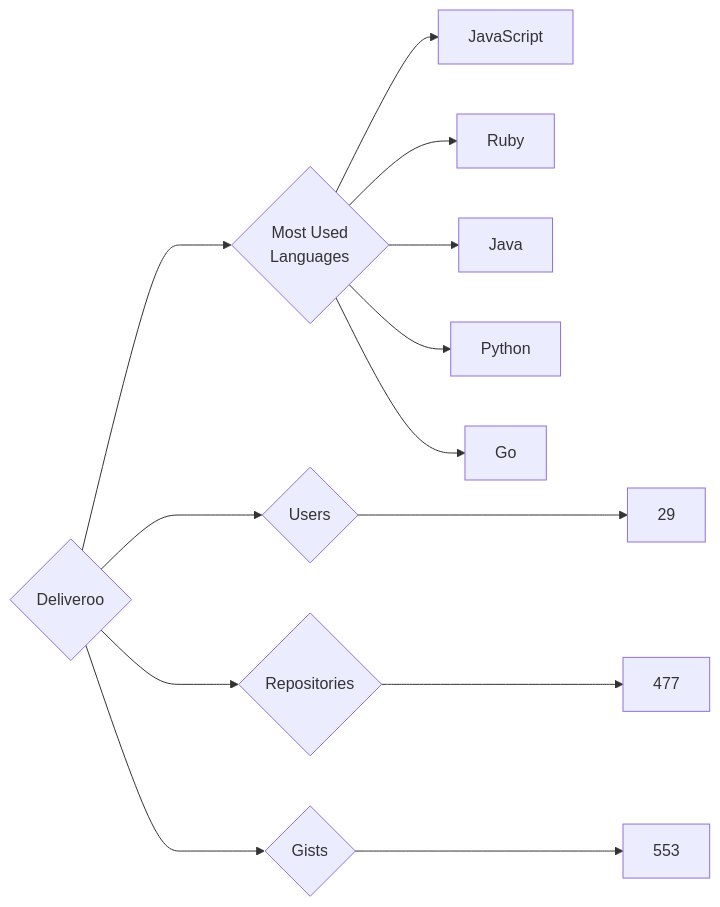
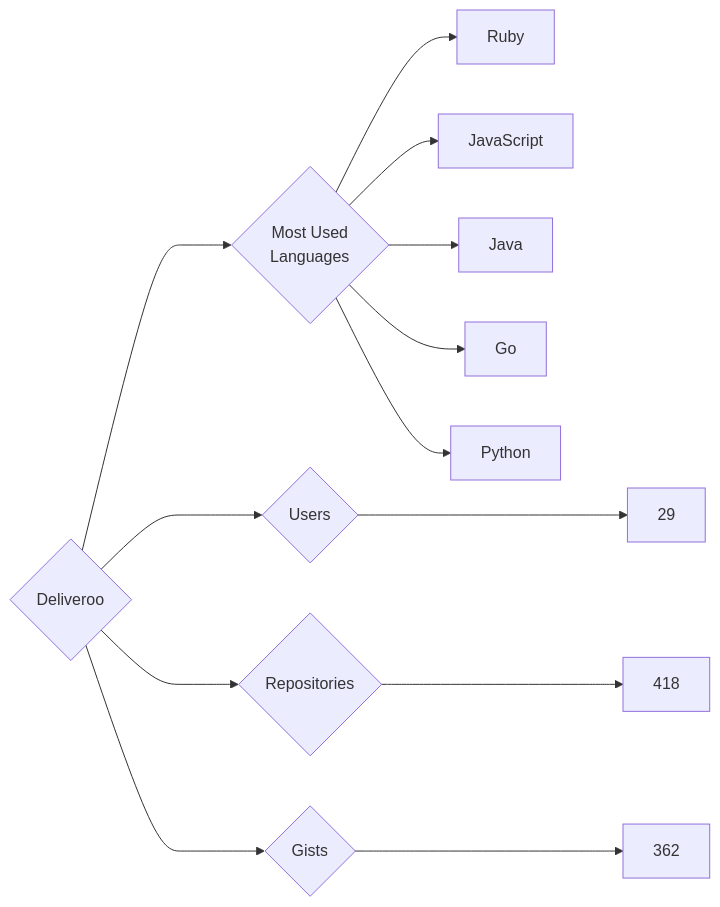
One commit to trickest/insiders changed the diagram in targets/Deliveroo/README.md. Above: the diagram before and after it, drawn with Mermaid. The commit also changed 752 other files, not shown here.

````diff
--- a/targets/Deliveroo/README.md
+++ b/targets/Deliveroo/README.md
@@ -3,13 +3,13 @@
 ```mermaid
 graph LR
 COMPANY_NAME{Deliveroo}
 COMPANY_NAME ---> U{Users} ---> UN[29]
-COMPANY_NAME ---> R{Repositories} ---> RN[477]
-COMPANY_NAME ---> G{Gists} ---> GN[553]
+COMPANY_NAME ---> R{Repositories} ---> RN[418]
+COMPANY_NAME ---> G{Gists} ---> GN[362]
 COMPANY_NAME ---> ML{Most Used<br>Languages}
+ML --> Ruby[Ruby]
 ML --> JavaScript[JavaScript]
-ML --> Ruby[Ruby]
 ML --> Java[Java]
+ML --> Go[Go]
 ML --> Python[Python]
-ML --> Go[Go]
 ```
````
